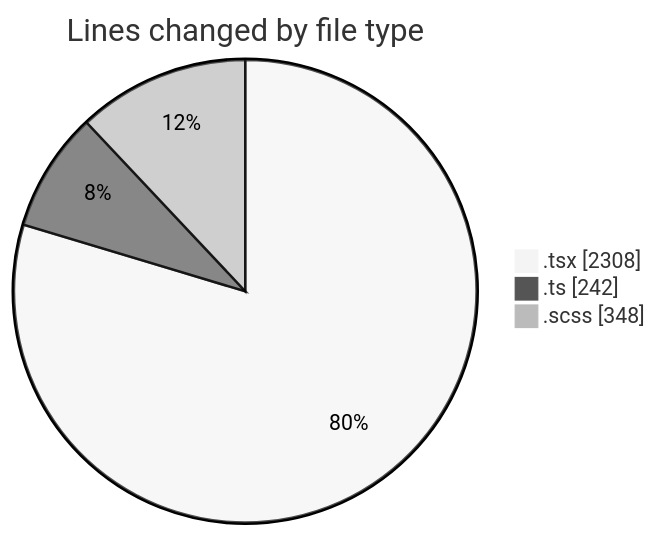
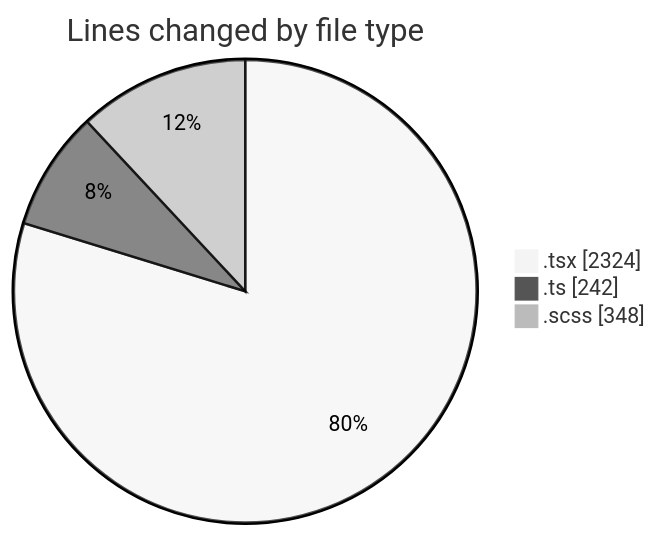
The first of 2 diagrams in 2025-09-15/cda/README.md (momahboobian/code-tracking), drawn with Mermaid (neutral theme) before and after one commit. The commit also changed other lines of this file and 1 other file, not shown here.

````diff
--- a/2025-09-15/cda/README.md
+++ b/2025-09-15/cda/README.md
@@ -25,7 +25,7 @@
 ```mermaid
 pie showData
 title Lines changed by file type
-".tsx" : 2308
+".tsx" : 2324
 ".ts" : 242
 ".scss" : 348
 ```
````
